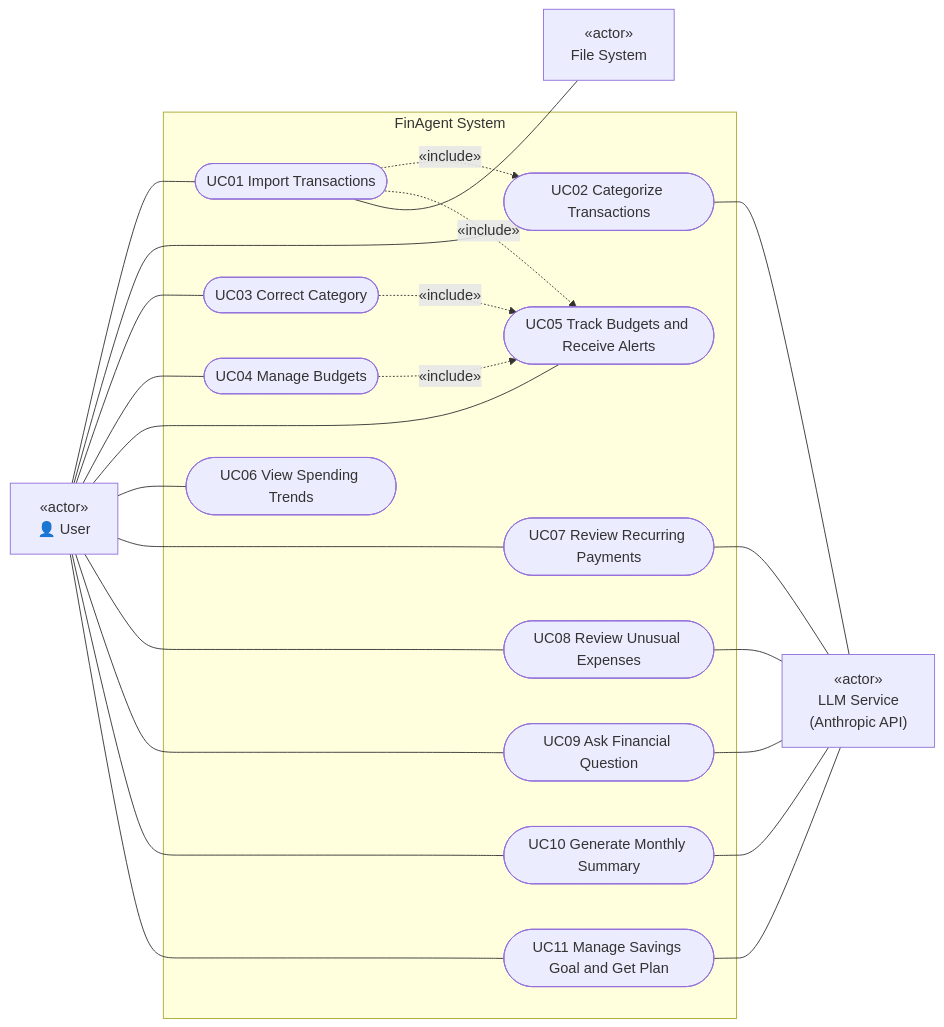
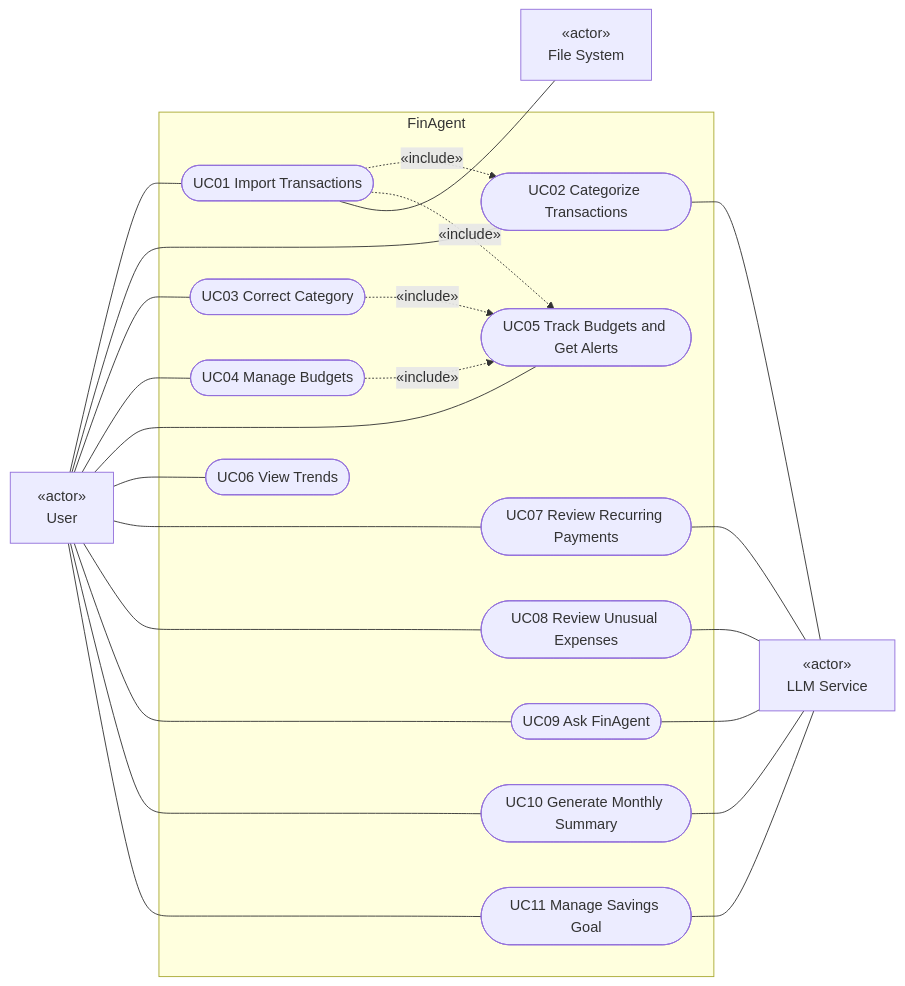
The sixth of 12 diagrams in docs/Stage1_Report.md (Abdi238/EECS3311-course-project), drawn with Mermaid before and after one commit. The commit also changed other lines of this file, not shown here.

````diff
--- a/docs/Stage1_Report.md
+++ b/docs/Stage1_Report.md
@@ -1402,45 +830,45 @@
 ```mermaid
 flowchart LR
-    User["«actor»<br/>👤 User"]
-    LLM["«actor»<br/>LLM Service<br/>(Anthropic API)"]
+    User["«actor»<br/>User"]
+    LLM["«actor»<br/>LLM Service"]
     FS["«actor»<br/>File System"]
 
-    subgraph SYS[FinAgent System]
+    subgraph SYS[FinAgent]
         UC01([UC01 Import Transactions])
         UC02([UC02 Categorize Transactions])
         UC03([UC03 Correct Category])
         UC04([UC04 Manage Budgets])
-        UC05([UC05 Track Budgets and Receive Alerts])
-        UC06([UC06 View Spending Trends])
+        UC05([UC05 Track Budgets and Get Alerts])
+        UC06([UC06 View Trends])
         UC07([UC07 Review Recurring Payments])
         UC08([UC08 Review Unusual Expenses])
-        UC09([UC09 Ask Financial Question])
+        UC09([UC09 Ask FinAgent])
         UC10([UC10 Generate Monthly Summary])
-        UC11([UC11 Manage Savings Goal and Get Plan])
+        UC11([UC11 Manage Savings Goal])
     end
 
     User --- UC01
     User --- UC02
     User --- UC03
     User --- UC04
     User --- UC05
     User --- UC06
     User --- UC07
     User --- UC08
     User --- UC09
     User --- UC10
     User --- UC11
 
     UC01 -. «include» .-> UC02
     UC01 -. «include» .-> UC05
     UC03 -. «include» .-> UC05
     UC04 -. «include» .-> UC05
 
     UC01 --- FS
     UC02 --- LLM
     UC07 --- LLM
     UC08 --- LLM
     UC09 --- LLM
     UC10 --- LLM
     UC11 --- LLM
 ```
````
